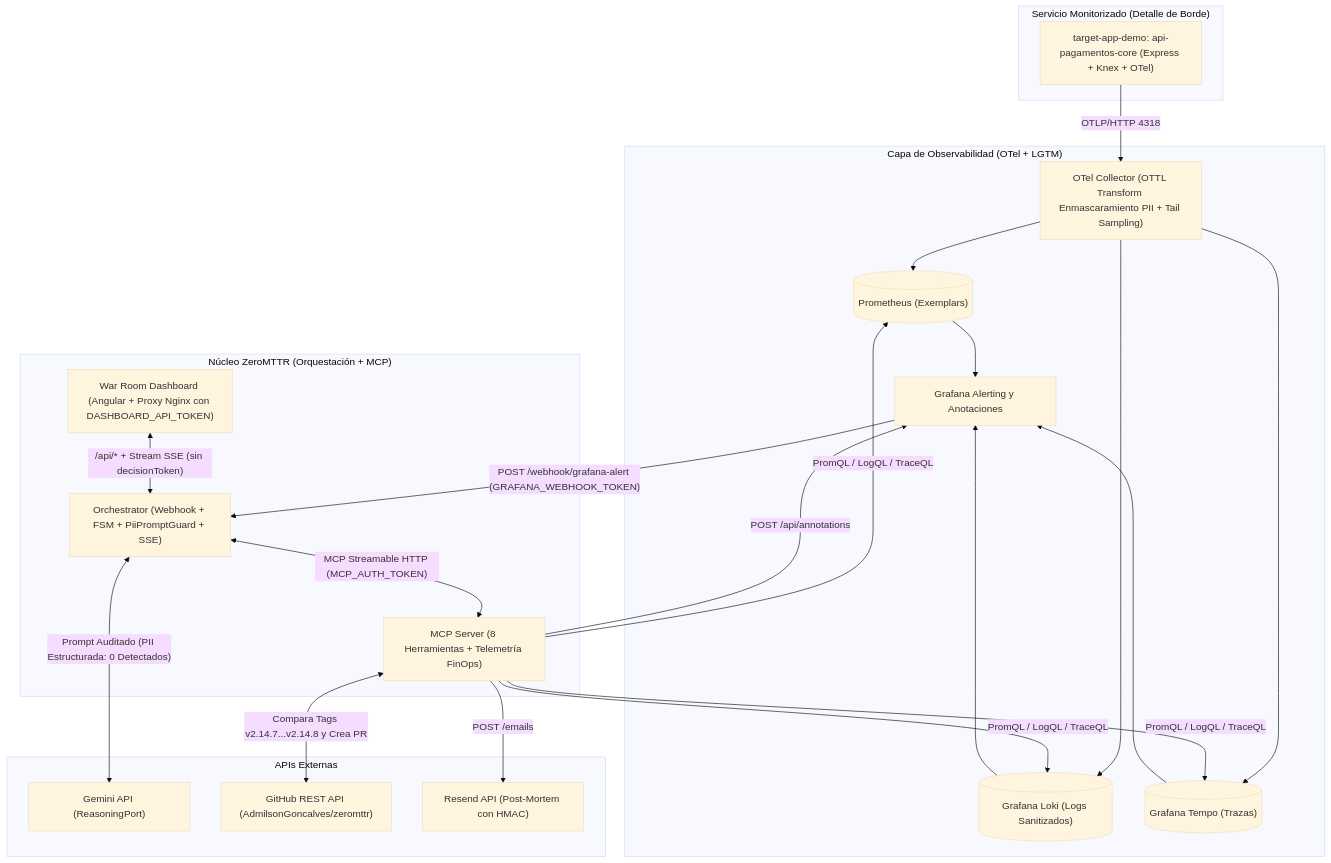
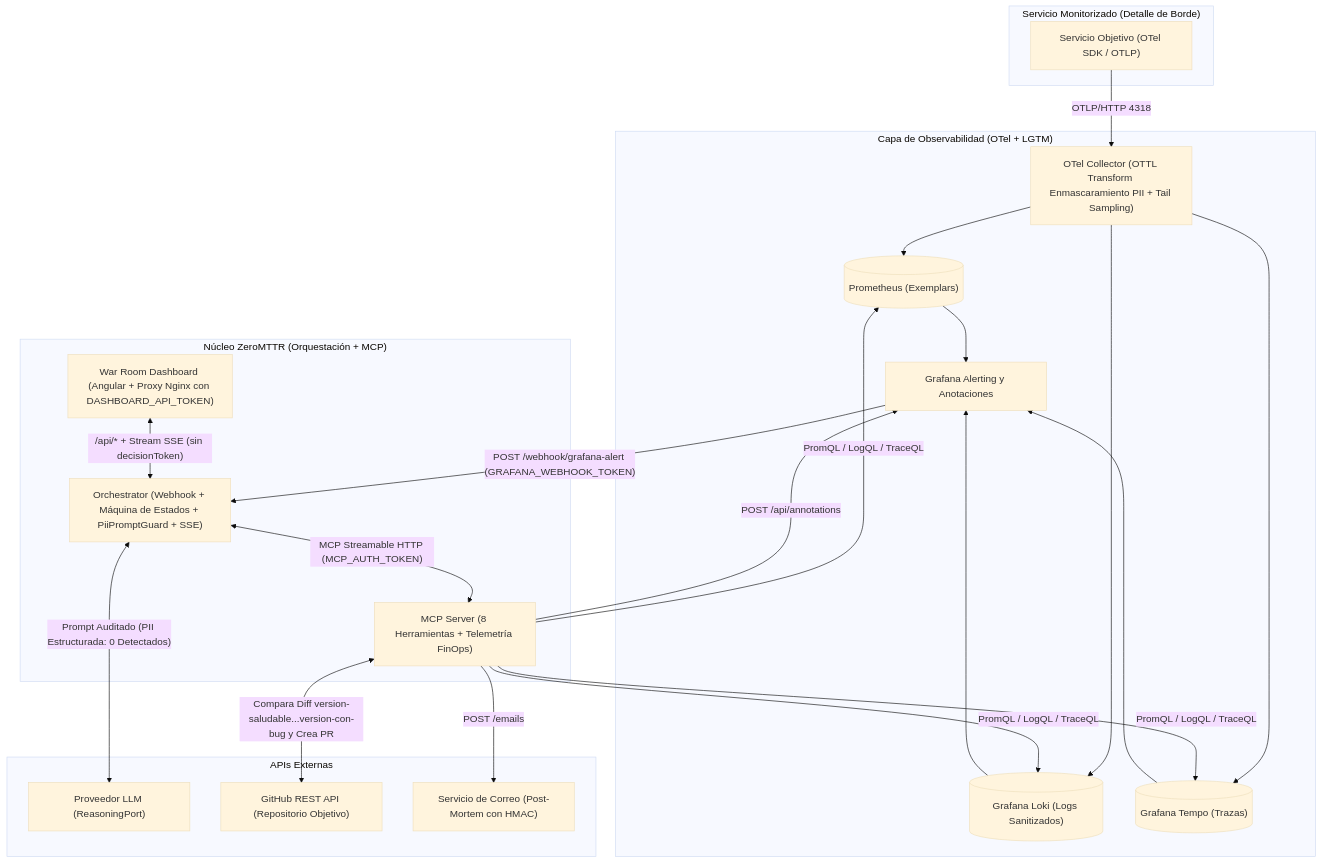
Before and after one commit to AdmilsonGoncalves/zeromttr: the third of 5 diagrams in docs/es-ES/00_architecture_master.md, drawn with Mermaid (base theme). The commit also changed other lines of this file and 75 other files, not shown here.

````diff
--- a/docs/es-ES/00_architecture_master.md
+++ b/docs/es-ES/00_architecture_master.md
@@ -168,38 +169,38 @@
 ```mermaid
 flowchart TD
     subgraph Workload["Servicio Monitorizado (Detalle de Borde)"]
-        DEMO["target-app-demo: api-pagamentos-core (Express + Knex + OTel)"]
+        DEMO["Servicio Objetivo (OTel SDK / OTLP)"]
     end
 
     subgraph Observability["Capa de Observabilidad (OTel + LGTM)"]
         OTEL["OTel Collector (OTTL Transform Enmascaramiento PII + Tail Sampling)"]
         PROM[("Prometheus (Exemplars)")]
         LOKI[("Grafana Loki (Logs Sanitizados)")]
         TEMPO[("Grafana Tempo (Trazas)")]
         GRAF["Grafana Alerting y Anotaciones"]
     end
 
     subgraph ZeroMTTR["Núcleo ZeroMTTR (Orquestación + MCP)"]
         DASH["War Room Dashboard (Angular + Proxy Nginx con DASHBOARD_API_TOKEN)"]
-        ORCH["Orchestrator (Webhook + FSM + PiiPromptGuard + SSE)"]
+        ORCH["Orchestrator (Webhook + Máquina de Estados + PiiPromptGuard + SSE)"]
         MCP["MCP Server (8 Herramientas + Telemetría FinOps)"]
     end
 
     subgraph External["APIs Externas"]
-        LLM["Gemini API (ReasoningPort)"]
-        GH["GitHub REST API (AdmilsonGoncalves/zeromttr)"]
-        RS["Resend API (Post-Mortem con HMAC)"]
+        LLM["Proveedor LLM (ReasoningPort)"]
+        GH["GitHub REST API (Repositorio Objetivo)"]
+        RS["Servicio de Correo (Post-Mortem con HMAC)"]
     end
 
     DEMO -->|"OTLP/HTTP 4318"| OTEL
     OTEL --> PROM & LOKI & TEMPO
     PROM & LOKI & TEMPO --> GRAF
     GRAF -->|"POST /webhook/grafana-alert (GRAFANA_WEBHOOK_TOKEN)"| ORCH
     DASH <-->|"/api/* + Stream SSE (sin decisionToken)"| ORCH
     ORCH <-->|"MCP Streamable HTTP (MCP_AUTH_TOKEN)"| MCP
     ORCH <-->|"Prompt Auditado (PII Estructurada: 0 Detectados)"| LLM
     MCP -->|"PromQL / LogQL / TraceQL"| PROM & LOKI & TEMPO
     MCP -->|"POST /api/annotations"| GRAF
-    MCP <-->|"Compara Tags v2.14.7...v2.14.8 y Crea PR"| GH
+    MCP <-->|"Compara Diff version-saludable...version-con-bug y Crea PR"| GH
     MCP -->|"POST /emails"| RS
 ```
````
